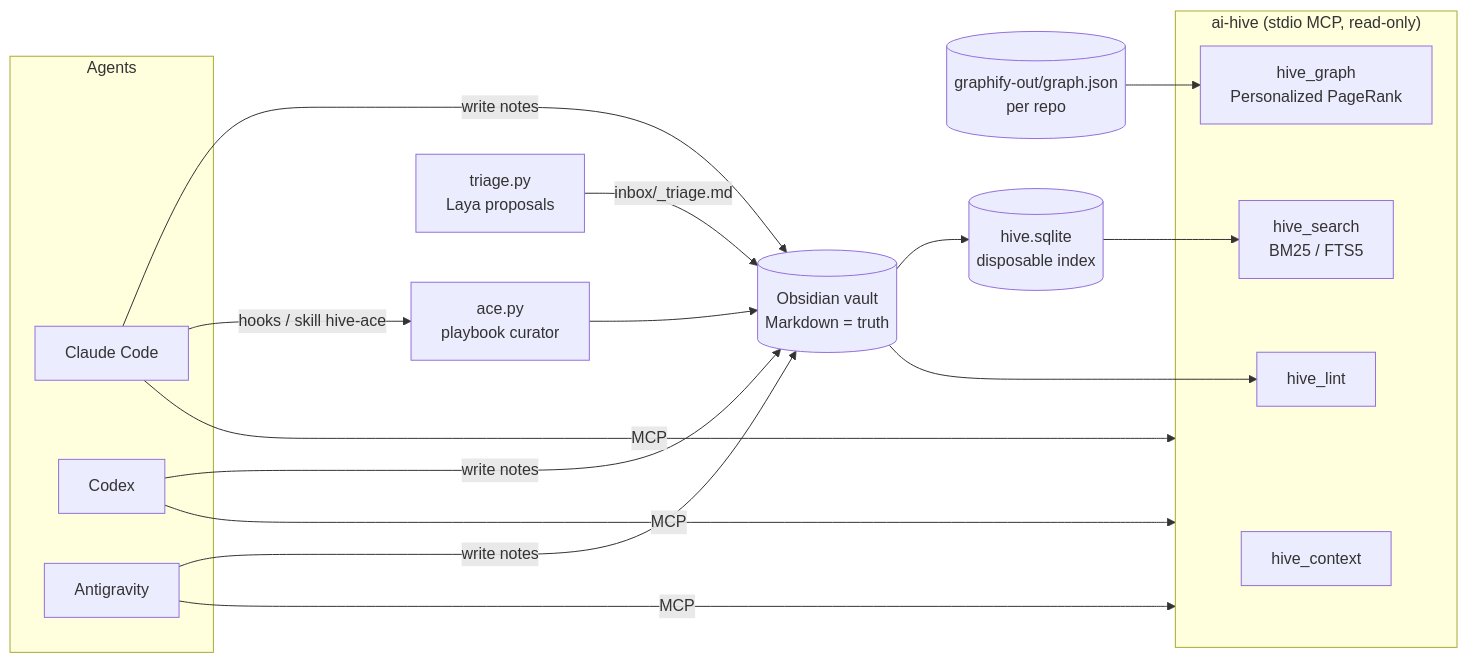
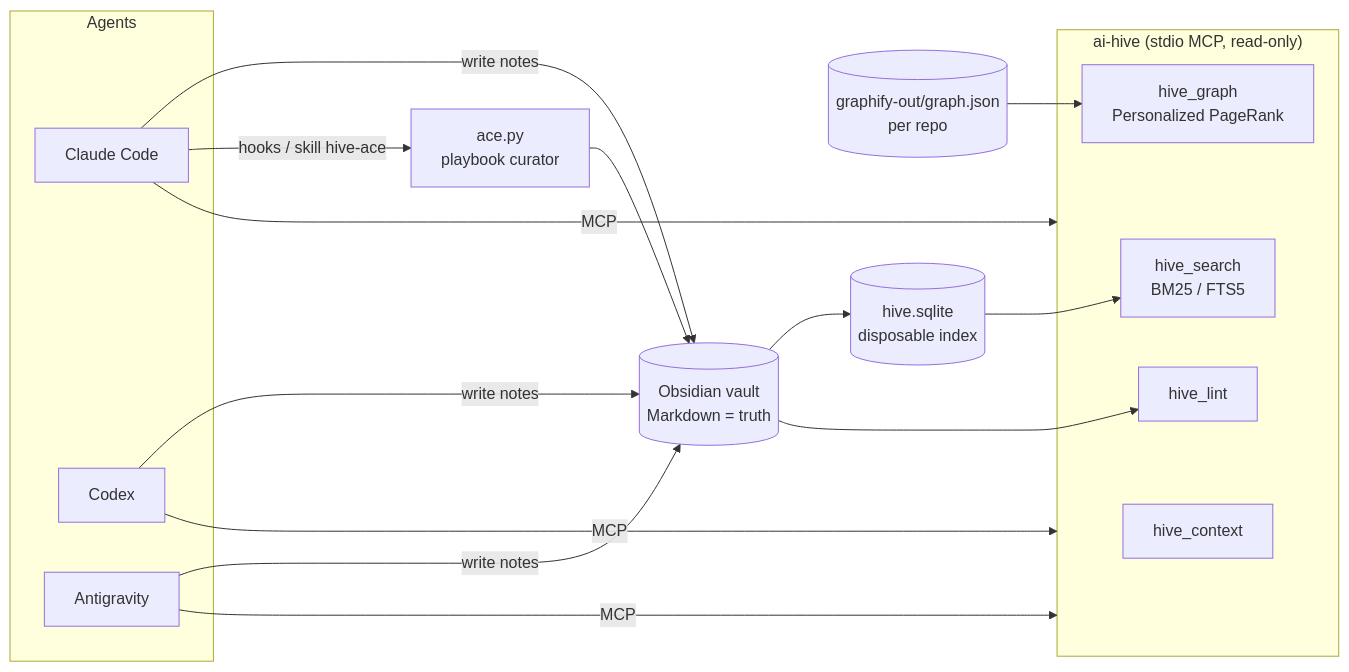
One commit to 4LPH7/Ai-hive changed the diagram in README.md. Above: the diagram before and after it, drawn with Mermaid. The commit also changed other lines of this file and 11 other files, not shown here.

First line of the commit message:
refactor: remove Laya inbox triage

````diff
--- a/README.md
+++ b/README.md
@@ -21,27 +19,25 @@
 ```mermaid
 flowchart LR
     subgraph Agents
         CC[Claude Code]
         CX[Codex]
         AG[Antigravity]
     end
     subgraph Hive["ai-hive (stdio MCP, read-only)"]
         CTX[hive_context]
         S[hive_search<br/>BM25 / FTS5]
         G[hive_graph<br/>Personalized PageRank]
         L[hive_lint]
     end
     V[(Obsidian vault<br/>Markdown = truth)]
     GJ[(graphify-out/graph.json<br/>per repo)]
     IDX[(hive.sqlite<br/>disposable index)]
     ACE[ace.py<br/>playbook curator]
-    T[triage.py<br/>Laya proposals]
 
     CC & CX & AG -- MCP --> Hive
     CC & CX & AG -- write notes --> V
     V --> IDX --> S
     GJ --> G
     V --> L
     CC -- hooks / skill hive-ace --> ACE --> V
-    T -- inbox/_triage.md --> V
 ```
````
